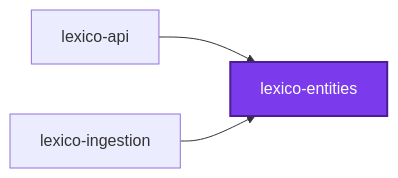
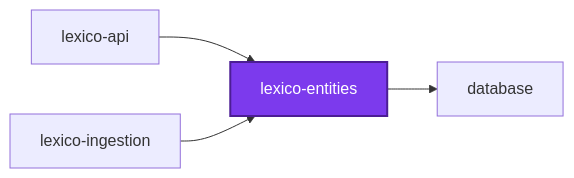
The first of 3 diagrams in packages/lexico-entities/README.md (Organizzolini/codebase), drawn with Mermaid before and after one commit. The commit also changed other lines of this file and 45 other files, not shown here.

Commit message:
refactor(lexico-entities): ♻️ connect through the shared database module and data source

````diff
--- a/packages/lexico-entities/README.md
+++ b/packages/lexico-entities/README.md
@@ -194,10 +218,12 @@
 ```mermaid
 graph LR
+  database["database"]
   lexico_api["lexico-api"]
   lexico_entities["lexico-entities"]
   lexico_ingestion["lexico-ingestion"]
   lexico_api --> lexico_entities
+  lexico_entities --> database
   lexico_ingestion --> lexico_entities
   classDef subject fill:#7c3aed,color:#fff,stroke:#4c1d95,stroke-width:2px
   class lexico_entities subject
 ```
````
